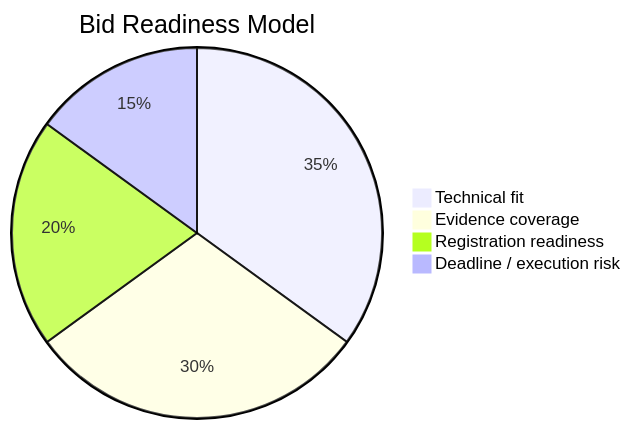
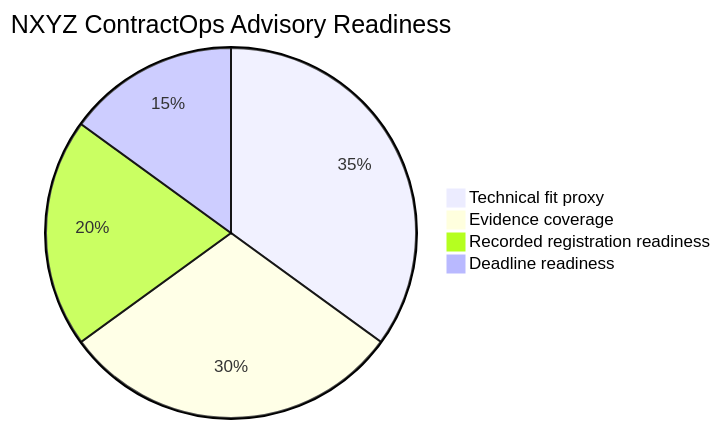
One commit to sonoxo/zyra changed the second of 3 diagrams in products/nxyz-contractops/README.md. Above: the diagram before and after it, drawn with Mermaid. The commit also changed other lines of this file, not shown here.

Commit message:
docs(contractops): ship v0.5 beginner product README with operational flow

````diff
--- a/products/nxyz-contractops/README.md
+++ b/products/nxyz-contractops/README.md
@@ -167,7 +174,7 @@
 ```mermaid
-pie title Bid Readiness Model
-    "Technical fit" : 35
+pie title NXYZ ContractOps Advisory Readiness
+    "Technical fit proxy" : 35
     "Evidence coverage" : 30
-    "Registration readiness" : 20
-    "Deadline / execution risk" : 15
+    "Recorded registration readiness" : 20
+    "Deadline readiness" : 15
 ```
````
